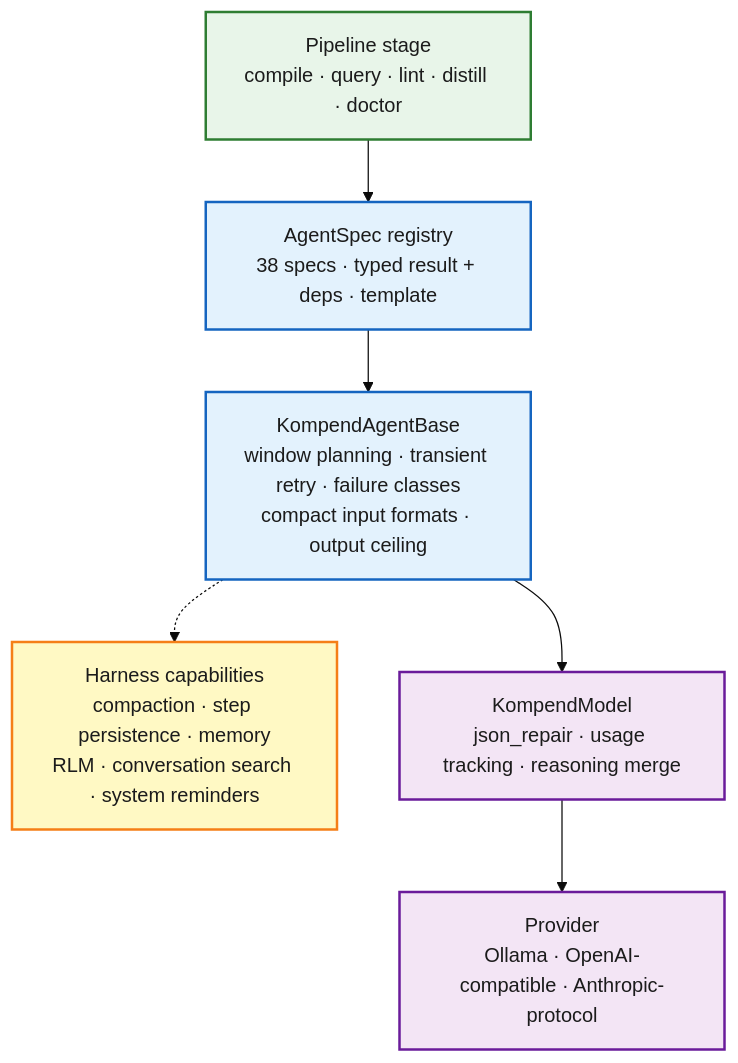
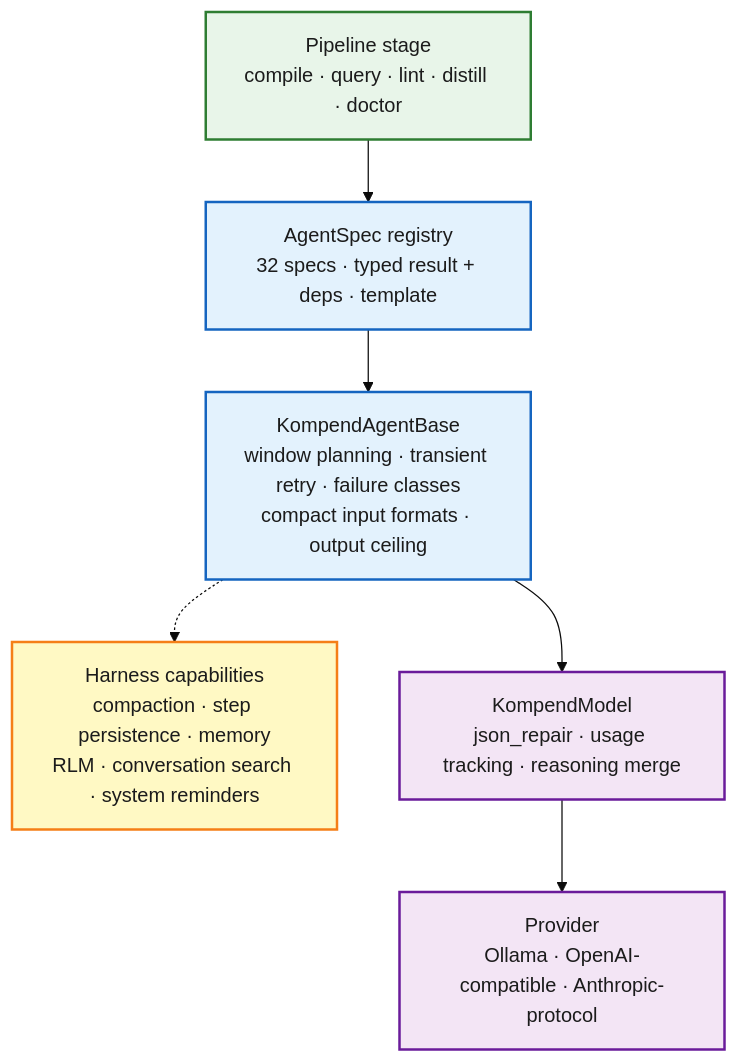
Before and after one commit to jr2804/kompend: the first of 6 diagrams in docs/architecture/agentic-layer.md, drawn with Mermaid (base theme). The commit also changed other lines of this file and 3 other files, not shown here.

````diff
--- a/docs/architecture/agentic-layer.md
+++ b/docs/architecture/agentic-layer.md
@@ -22,22 +22,22 @@
 ```mermaid
 flowchart TD
     classDef stage fill:#e8f5e9,stroke:#2e7d32,stroke-width:2px,color:#1B1B1B
     classDef agent fill:#e3f2fd,stroke:#1565c0,stroke-width:2px,color:#1B1B1B
     classDef mach fill:#fff9c4,stroke:#f57f17,stroke-width:2px,color:#1B1B1B
     classDef model fill:#f3e5f5,stroke:#6a1b9a,stroke-width:2px,color:#1B1B1B
 
     STAGE["Pipeline stage<br/>compile · query · lint · distill · doctor"]
-    SPEC["AgentSpec registry<br/>38 specs · typed result + deps · template"]
+    SPEC["AgentSpec registry<br/>32 specs · typed result + deps · template"]
     BASE["KompendAgentBase<br/>window planning · transient retry · failure classes<br/>compact input formats · output ceiling"]
     CAP["Harness capabilities<br/>compaction · step persistence · memory<br/>RLM · conversation search · system reminders"]
     KM["KompendModel<br/>json_repair · usage tracking · reasoning merge"]
     LLM["Provider<br/>Ollama · OpenAI-compatible · Anthropic-protocol"]
 
     STAGE --> SPEC --> BASE --> KM --> LLM
     BASE -.-> CAP
 
     class STAGE stage
     class SPEC,BASE agent
     class CAP mach
     class KM,LLM model
 ```
````
